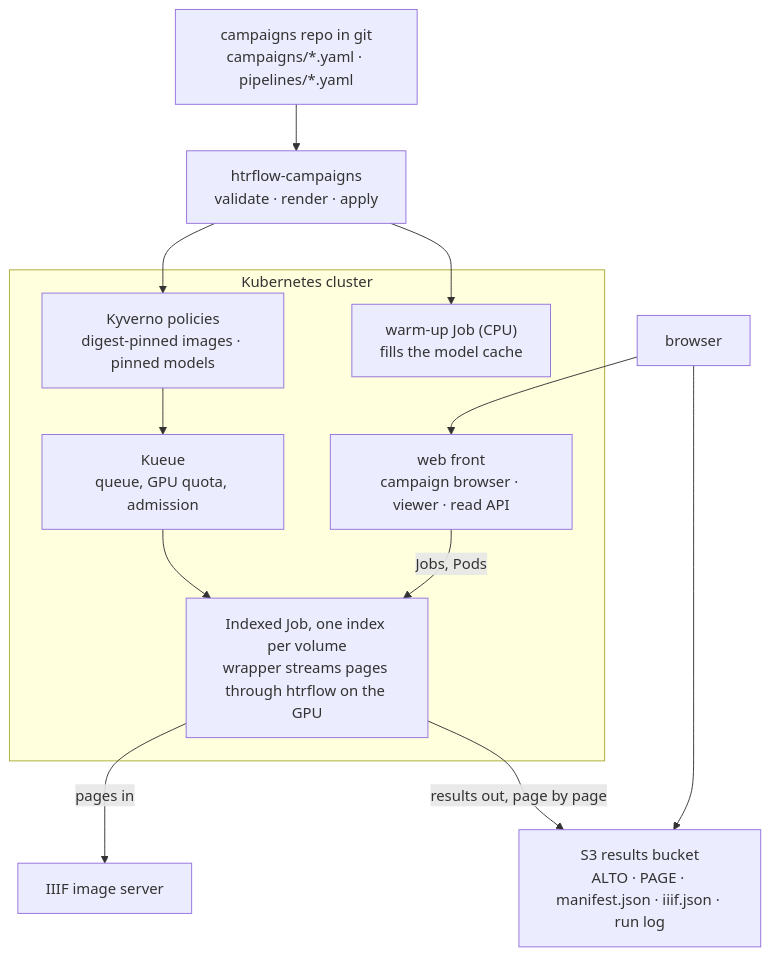
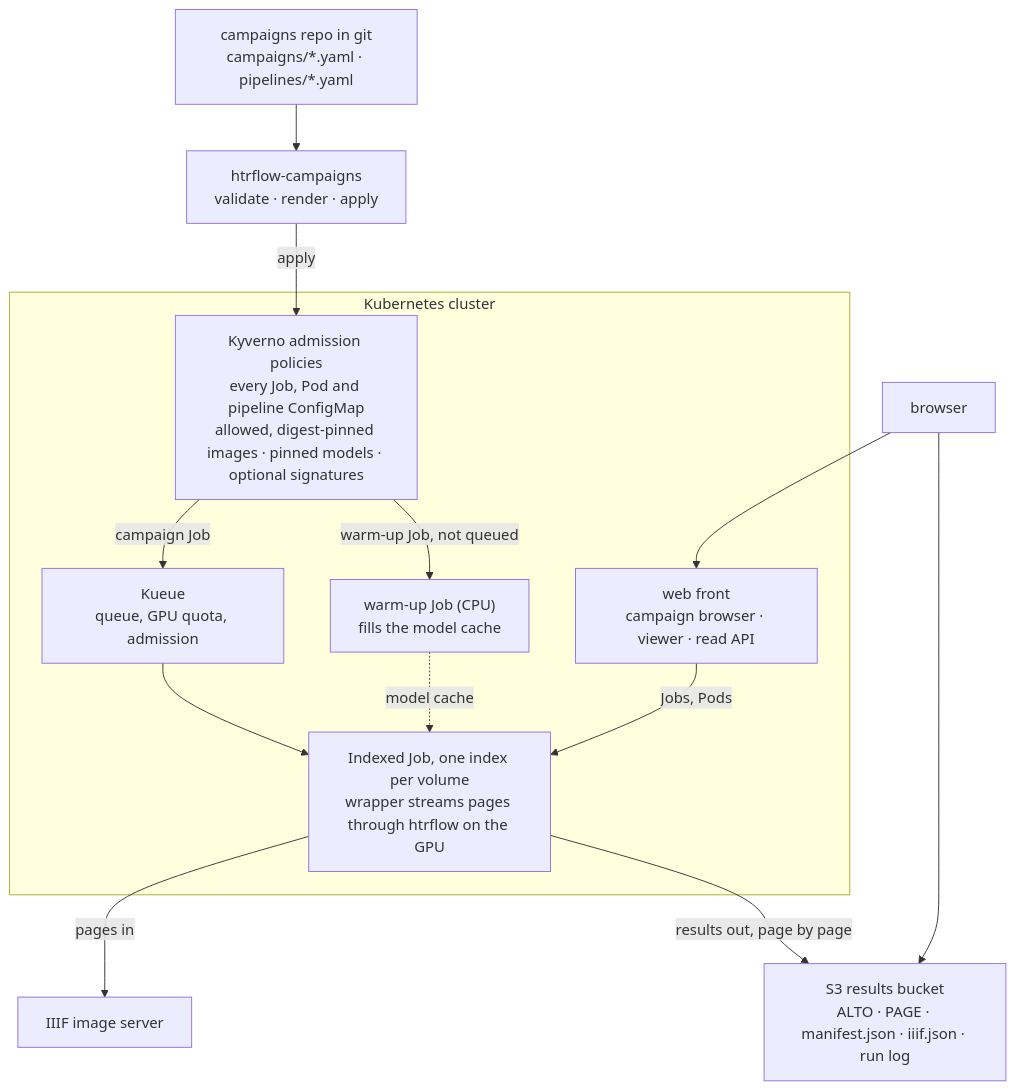
One commit to AI-Riksarkivet/htrflow-batch changed the diagram in docs/index.md. Above: the diagram before and after it, drawn with Mermaid. The commit also changed 2 other files, not shown here.

Commit message:
docs(diagrams): Kyverno admits the warm-up Job too; only the campaign Job goes through Kueue
Kyverno's policies match every Job and Pod in the namespace plus the converter's ConfigMaps, so the warm-up Job — which loads the pipeline's models — is checked the same as the campaign Job. The diagrams drew Kyverno as a step in one chain before Kueue, which hid that. The warm-up carries no queue label, so it skips Kueue, and it feeds the Job the model cache. Also: one warm-up Job per pipeline file, and image signatures are an optional policy.

Claude-Session: https://claude.ai/code/session_01WVYFeZuDu8guBbvkBzCBhN

````diff
--- a/docs/index.md
+++ b/docs/index.md
@@ -38,24 +38,26 @@
 ```mermaid
 %% One campaign, from a YAML file in git to results in the viewer.
 flowchart TB
     repo["campaigns repo in git<br/>campaigns/*.yaml · pipelines/*.yaml"]
     conv["htrflow-campaigns<br/>validate · render · apply"]
     subgraph cluster["Kubernetes cluster"]
-        kyverno["Kyverno policies<br/>digest-pinned images · pinned models"]
+        kyverno["Kyverno admission policies<br/>every Job, Pod and pipeline ConfigMap<br/>allowed, digest-pinned images · pinned models · optional signatures"]
         kueue["Kueue<br/>queue, GPU quota, admission"]
         warm["warm-up Job (CPU)<br/>fills the model cache"]
         job["Indexed Job, one index per volume<br/>wrapper streams pages through htrflow on the GPU"]
         web["web front<br/>campaign browser · viewer · read API"]
     end
     iiif["IIIF image server"]
     s3["S3 results bucket<br/>ALTO · PAGE · manifest.json · iiif.json · run log"]
     browser["browser"]
 
-    repo --> conv --> kyverno --> kueue --> job
-    conv --> warm
+    repo --> conv -->|apply| kyverno
+    kyverno -->|campaign Job| kueue --> job
+    kyverno -->|warm-up Job, not queued| warm
+    warm -.->|model cache| job
     job -->|pages in| iiif
     job -->|results out, page by page| s3
     web -->|Jobs, Pods| job
     browser --> web
     browser --> s3
 ```
````
